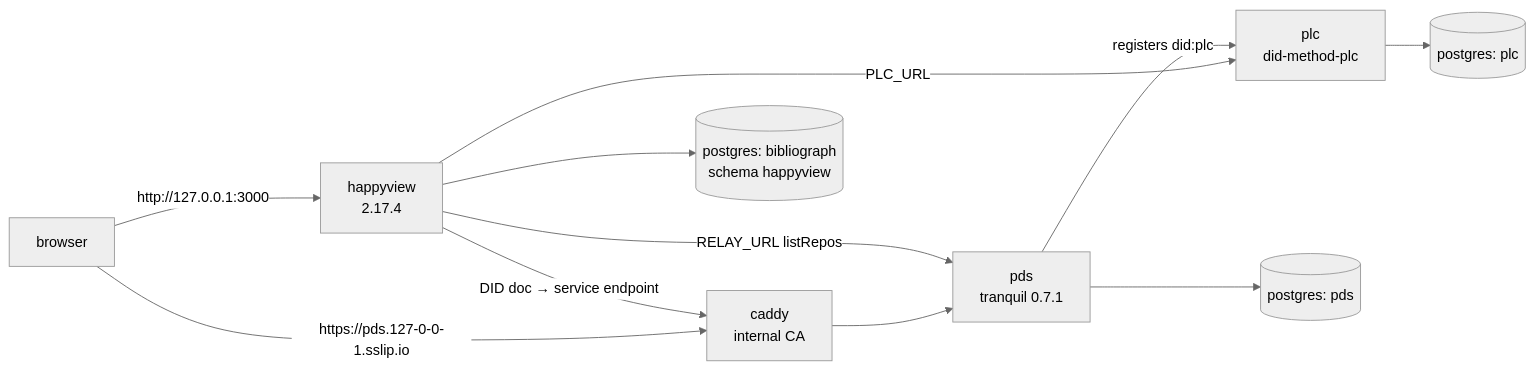
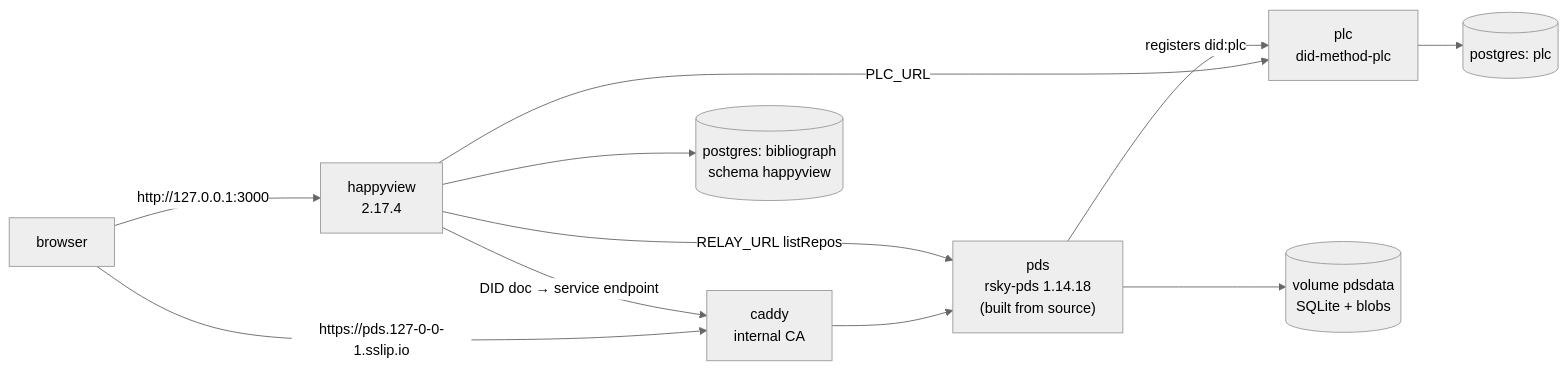
Before and after one commit to olamaelcu/bibliograph: the diagram in docs/happyview.md, drawn with Mermaid (neutral theme). The commit also changed other lines of this file and 13 other files, not shown here.

First line of the commit message:
feat(dev): run rsky-pds in place of tranquil and enable spaces

````diff
--- a/docs/happyview.md
+++ b/docs/happyview.md
@@ -12,13 +12,13 @@
 ```mermaid
 flowchart LR
   browser -->|"http://127.0.0.1:3000"| hv["happyview<br/>2.17.4"]
   browser -->|"https://pds.127-0-0-1.sslip.io"| caddy["caddy<br/>internal CA"]
-  caddy --> pds["pds<br/>tranquil 0.7.1"]
+  caddy --> pds["pds<br/>rsky-pds 1.14.18<br/>(built from source)"]
   hv -->|"PLC_URL"| plc["plc<br/>did-method-plc"]
   hv -->|"DID doc → service endpoint"| caddy
   hv -->|"RELAY_URL listRepos"| pds
   pds -->|"registers did:plc"| plc
   plc --> pg[("postgres: plc")]
-  pds --> pg2[("postgres: pds")]
+  pds --> vol[("volume pdsdata<br/>SQLite + blobs")]
   hv --> pg3[("postgres: bibliograph<br/>schema happyview")]
 ```
````
